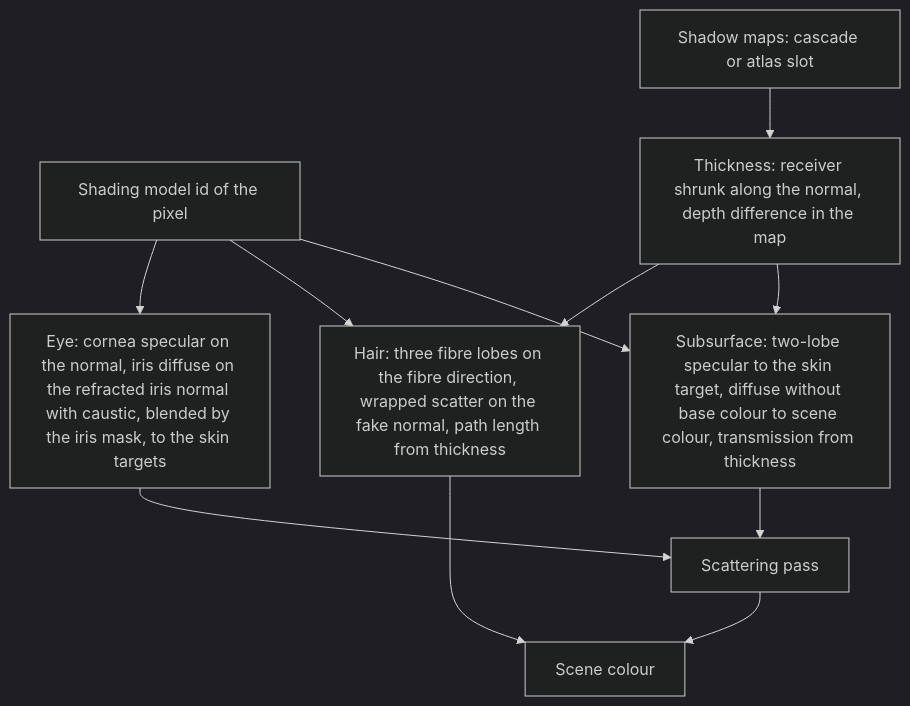
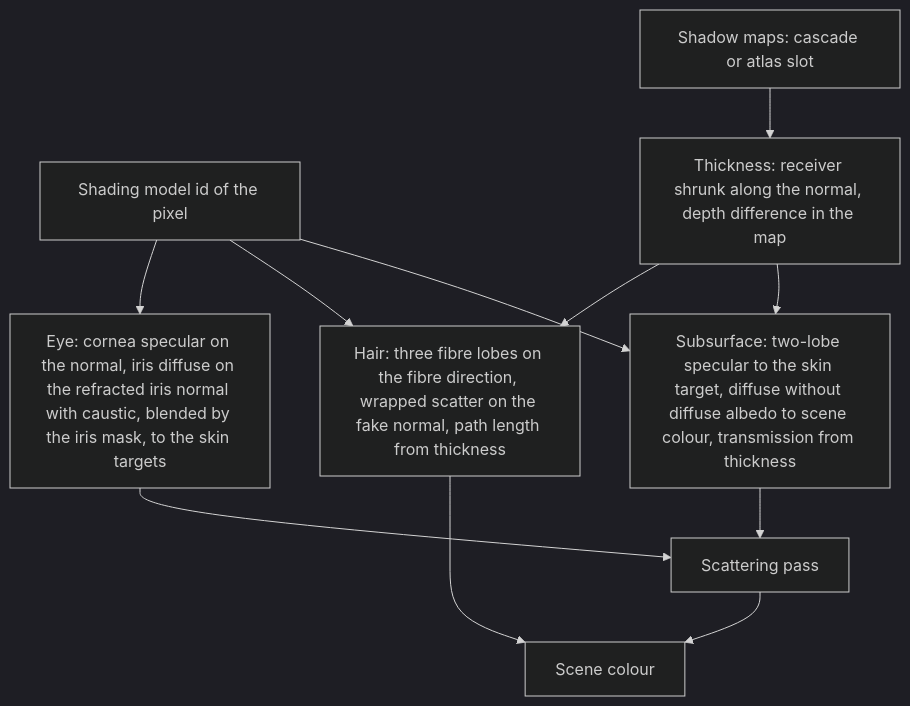
Before and after one commit to plainsight-systems/bullet-witch: the second of 3 diagrams in docs/architecture/character-shading.md, drawn with Mermaid (dark theme). The commit also changed other lines of this file and 13 other files, not shown here.

````diff
--- a/docs/architecture/character-shading.md
+++ b/docs/architecture/character-shading.md
@@ -102,13 +112,13 @@
 ```mermaid
 flowchart TD
-    ID["Shading model id of the pixel"] --> SUB["Subsurface: two-lobe specular to the skin target, diffuse without base colour to scene colour, transmission from thickness"]
+    ID["Shading model id of the pixel"] --> SUB["Subsurface: two-lobe specular to the skin target, diffuse without diffuse albedo to scene colour, transmission from thickness"]
     ID --> HAIR["Hair: three fibre lobes on the fibre direction, wrapped scatter on the fake normal, path length from thickness"]
     ID --> EYE["Eye: cornea specular on the normal, iris diffuse on the refracted iris normal with caustic, blended by the iris mask, to the skin targets"]
     SH["Shadow maps: cascade or atlas slot"] --> TH["Thickness: receiver shrunk along the normal, depth difference in the map"]
     TH --> SUB
     TH --> HAIR
     SUB --> SC["Scattering pass"]
     EYE --> SC
     HAIR --> OUT["Scene colour"]
     SC --> OUT
 ```
````
